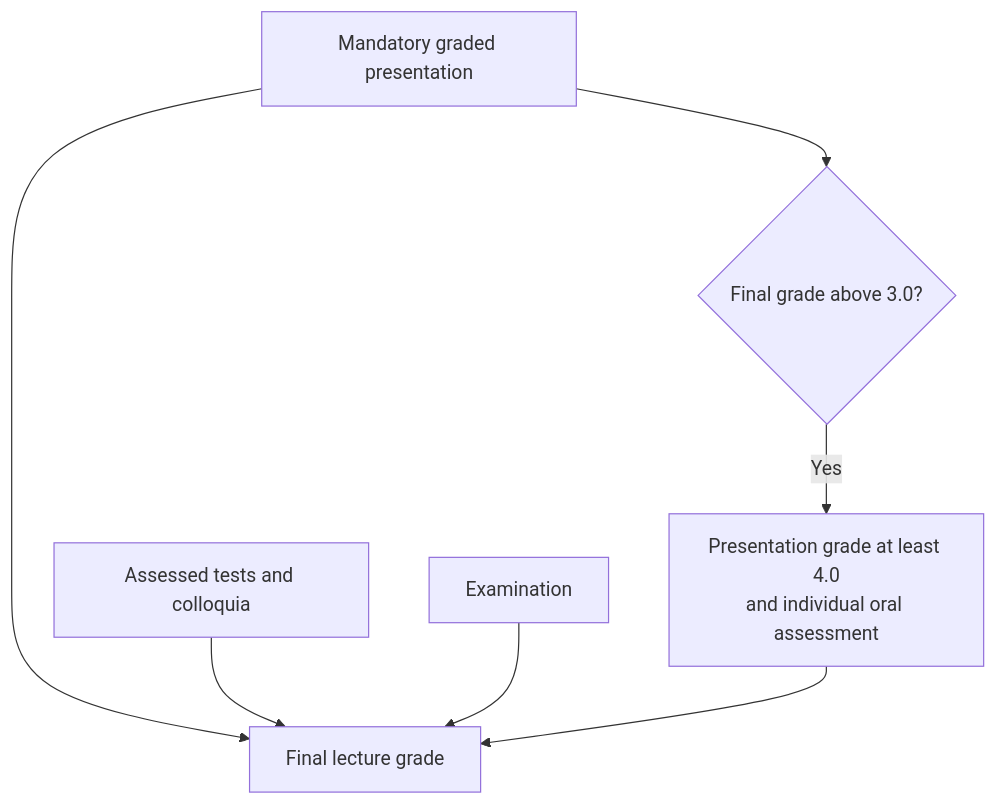
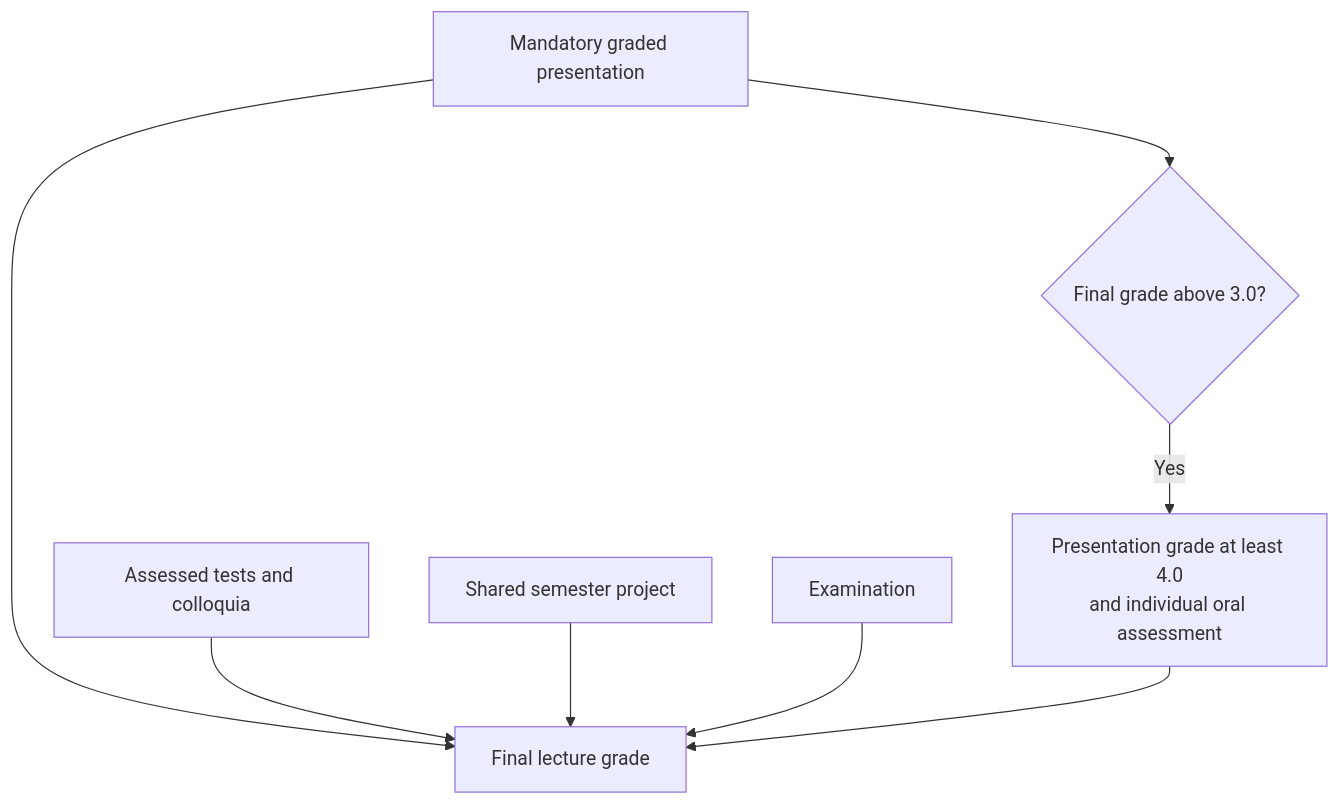
One commit to jakubsitekai/vistula-claude-glm changed the seventh of 7 diagrams in grading/presentation-repository-guide.md. Above: the diagram before and after it, drawn with Mermaid. The commit also changed other lines of this file and 2 other files, not shown here.

````diff
--- a/grading/presentation-repository-guide.md
+++ b/grading/presentation-repository-guide.md
@@ -185,9 +185,10 @@
 ```mermaid
 flowchart TD
     P[Mandatory graded presentation] --> L[Final lecture grade]
     T[Assessed tests and colloquia] --> L
+    S[Shared semester project] --> L
     E[Examination] --> L
     P --> G{Final grade above 3.0?}
     G -->|Yes| O[Presentation grade at least 4.0<br/>and individual oral assessment]
     O --> L
 ```
````
